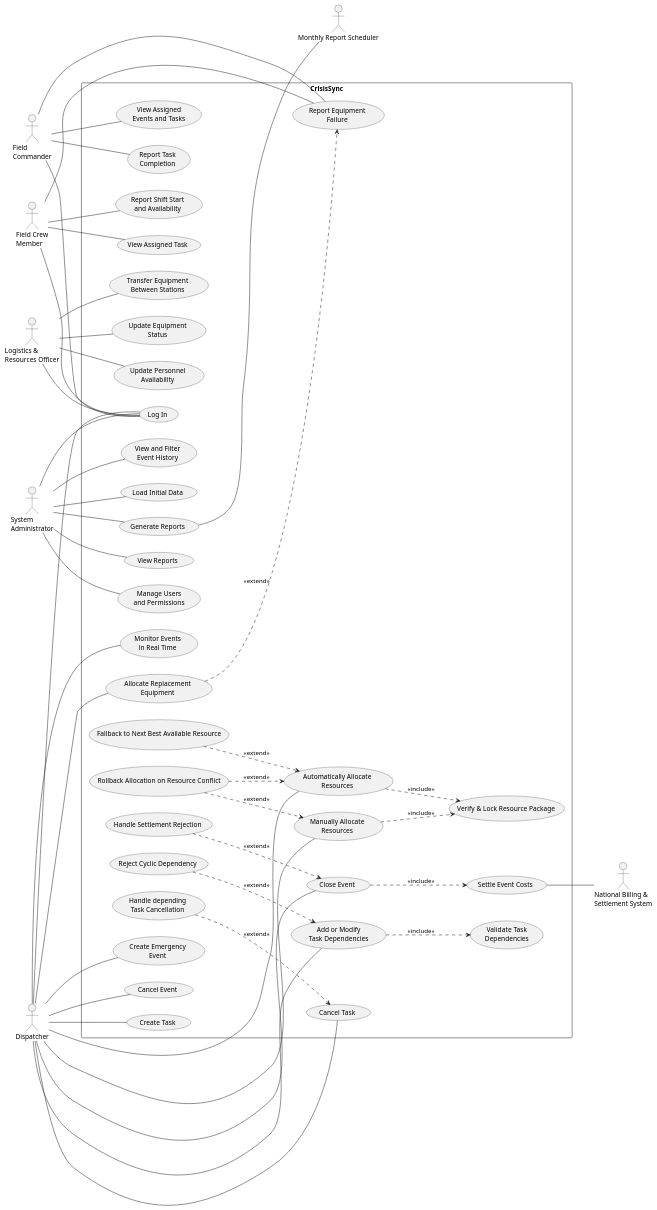
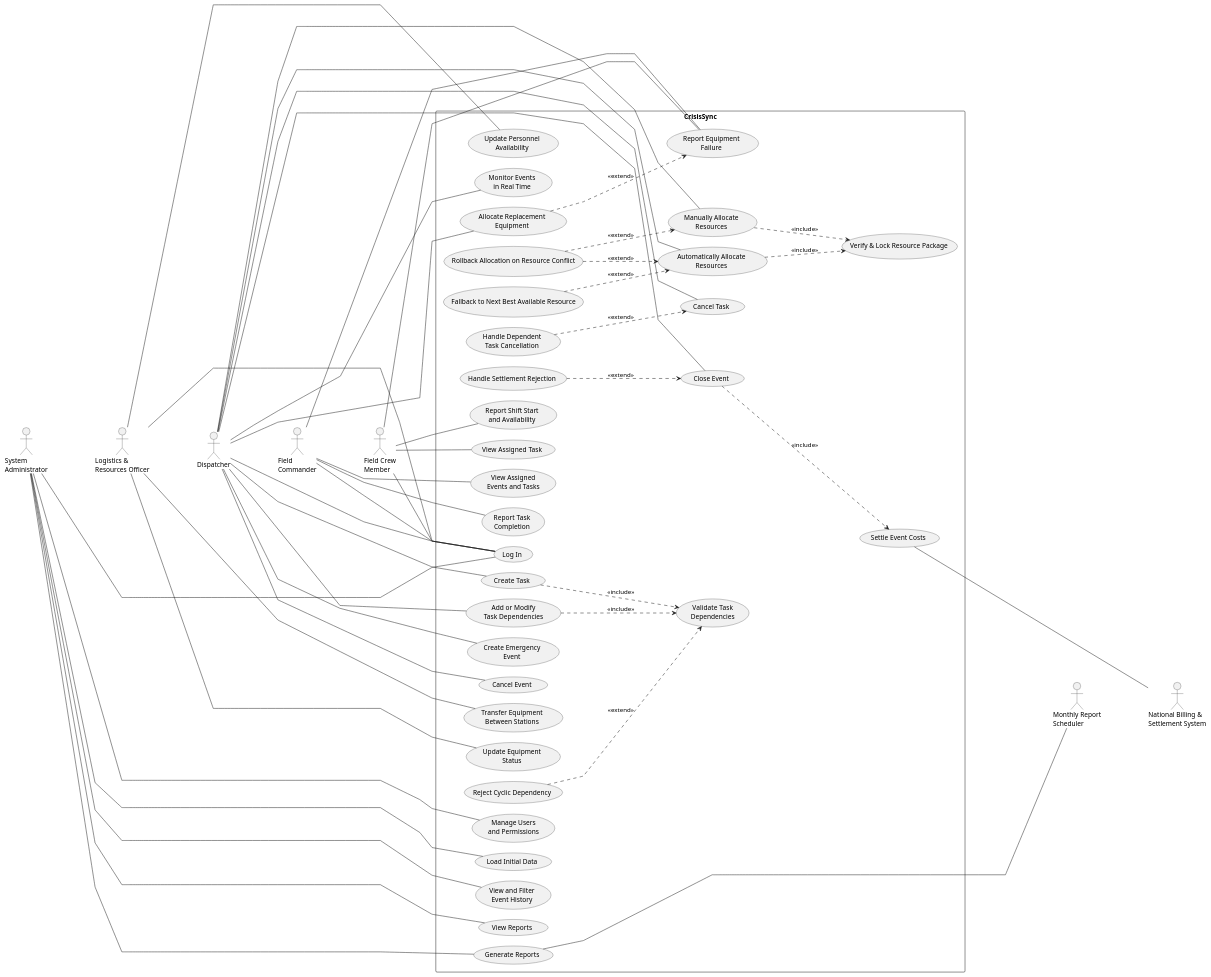
The diagram in CrisisSyncSystem.puml (MohamadShalata/CrisisSync), drawn with PlantUML before and after one commit. The commit also changed 1 other file, not shown here.

Commit message:
Update Use Case relationships, RTM traceability, and BDD tests

```diff
--- a/CrisisSyncSystem.puml
+++ b/CrisisSyncSystem.puml
@@ -1,107 +1,131 @@
 @startuml
-' CrisisSync — Use Case Diagram
+
+' CrisisSync — Use Case Diagram (Final Synced Version)
 left to right direction
+skinparam linetype polyline
+skinparam nodesep 22
+skinparam ranksep 100
 
+' Human Actors (Left Side - Aligned in one vertical column)
+together {
+  actor "System\nAdministrator" as Admin
+  actor "Logistics &\nResources Officer" as Logistics
+  actor "Dispatcher" as Dispatcher
+  actor "Field\nCommander" as Commander
+  actor "Field Crew\nMember" as Crew
+}
 
-actor "System\nAdministrator" as Admin
-actor "Logistics &\nResources Officer" as Logistics
-actor "Dispatcher" as Dispatcher
-actor "Field\nCommander" as Commander
-actor "Field Crew\nMember" as Crew
-actor "National Billing &\nSettlement System" as Billing
-actor "Monthly Report Scheduler" as ReportScheduler
+' Non-Human Actors (Right Side)
+together {
+  actor "National Billing &\nSettlement System" as Billing
+  actor "Monthly Report\nScheduler" as ReportScheduler
+}
 
 rectangle "CrisisSync" {
-  usecase "Log In" as UC_Login
 
+  ' System Administrator Use Cases
   usecase "Manage Users\nand Permissions" as UC_Users
   usecase "Load Initial Data" as UC_Load
   usecase "View and Filter\nEvent History" as UC_History
+  usecase "View Reports" as UC_ViewReports
   usecase "Generate Reports" as UC_Generate
-  usecase "View Reports" as UC_ViewReports
 
+  ' Logistics & Resources Officer Use Cases
   usecase "Update Equipment\nStatus" as UC_EquipmentStatus
   usecase "Transfer Equipment\nBetween Stations" as UC_Transfer
   usecase "Update Personnel\nAvailability" as UC_Personnel
 
+  ' Shared Authentication
+  usecase "Log In" as UC_Login
+
+  ' Dispatcher Use Cases
   usecase "Create Emergency\nEvent" as UC_CreateEvent
   usecase "Cancel Event" as UC_CancelEvent
   usecase "Create Task" as UC_CreateTask
   usecase "Add or Modify\nTask Dependencies" as UC_Dependencies
   usecase "Validate Task\nDependencies" as UC_Validate
   usecase "Reject Cyclic Dependency" as UC_RejectCycle
   usecase "Manually Allocate\nResources" as UC_ManualAllocate
   usecase "Automatically Allocate\nResources" as UC_AutomaticAllocate
   usecase "Verify & Lock Resource Package" as UC_VerifyLockPackage
   usecase "Rollback Allocation on Resource Conflict" as UC_RollbackAllocation
   usecase "Fallback to Next Best Available Resource" as UC_FallbackResource
   usecase "Monitor Events\nin Real Time" as UC_Monitor
   usecase "Cancel Task" as UC_CancelTask
-  usecase "Handle depending\nTask Cancellation" as UC_depending
+  usecase "Handle Dependent\nTask Cancellation" as UC_CancelDependent
   usecase "Close Event" as UC_Close
   usecase "Settle Event Costs" as UC_Settle
   usecase "Handle Settlement Rejection" as UC_SettlementRejection
   usecase "Allocate Replacement\nEquipment" as UC_Replace
 
+  ' Field Commander & Crew Use Cases
   usecase "View Assigned\nEvents and Tasks" as UC_ViewAssignedEvents
   usecase "Report Task\nCompletion" as UC_CompleteTask
   usecase "Report Equipment\nFailure" as UC_ReportFailure
-
   usecase "Report Shift Start\nand Availability" as UC_Shift
   usecase "View Assigned Task" as UC_ViewAssignedTask
 }
 
-' Actor–Use Case associations: solid lines, NO arrowheads
-Admin -- UC_Login
+' Force strict vertical alignment on the left
+Admin -[hidden]down- Logistics
+Logistics -[hidden]down- Dispatcher
+Dispatcher -[hidden]down- Commander
+Commander -[hidden]down- Crew
+
+' Human Actor Associations (Solid lines, NO arrowheads)
 Admin -- UC_Users
 Admin -- UC_Load
 Admin -- UC_History
+Admin -- UC_ViewReports
 Admin -- UC_Generate
-Admin -- UC_ViewReports
+Admin -- UC_Login
 
-Logistics -- UC_Login
 Logistics -- UC_EquipmentStatus
 Logistics -- UC_Transfer
 Logistics -- UC_Personnel
+Logistics -- UC_Login
 
 Dispatcher -- UC_Login
 Dispatcher -- UC_CreateEvent
 Dispatcher -- UC_CancelEvent
 Dispatcher -- UC_CreateTask
 Dispatcher -- UC_Dependencies
 Dispatcher -- UC_ManualAllocate
 Dispatcher -- UC_AutomaticAllocate
 Dispatcher -- UC_Monitor
 Dispatcher -- UC_CancelTask
 Dispatcher -- UC_Close
 Dispatcher -- UC_Replace
 
 Commander -- UC_Login
 Commander -- UC_ViewAssignedEvents
 Commander -- UC_CompleteTask
 Commander -- UC_ReportFailure
 
 Crew -- UC_Login
+Crew -- UC_ReportFailure
 Crew -- UC_Shift
 Crew -- UC_ViewAssignedTask
-Crew -- UC_ReportFailure
 
-UC_Settle -- Billing
-UC_Generate -- ReportScheduler
+' Non-Human Actor Associations (Right Side)
+UC_Generate ---- ReportScheduler
+UC_Settle ---- Billing
+ReportScheduler -[hidden]down- Billing
 
-' Include Dependency
+' Include Dependencies (Base ..> Included)
 UC_Close ..> UC_Settle : <<include>>
+UC_CreateTask ..> UC_Validate : <<include>>
 UC_Dependencies ..> UC_Validate : <<include>>
 UC_ManualAllocate ..> UC_VerifyLockPackage : <<include>>
 UC_AutomaticAllocate ..> UC_VerifyLockPackage : <<include>>
 
-' Extend Dependencies
-UC_depending ..> UC_CancelTask : <<extend>>
-UC_RejectCycle ..> UC_Dependencies : <<extend>>
+' Extend Dependencies (Extension ..> Base)
+UC_CancelDependent ..> UC_CancelTask : <<extend>>
+UC_RejectCycle ..> UC_Validate : <<extend>>
 UC_RollbackAllocation ..> UC_ManualAllocate : <<extend>>
 UC_RollbackAllocation ..> UC_AutomaticAllocate : <<extend>>
 UC_FallbackResource ..> UC_AutomaticAllocate : <<extend>>
 UC_Replace ..> UC_ReportFailure : <<extend>>
 UC_SettlementRejection ..> UC_Close : <<extend>>
 
 @enduml
```
